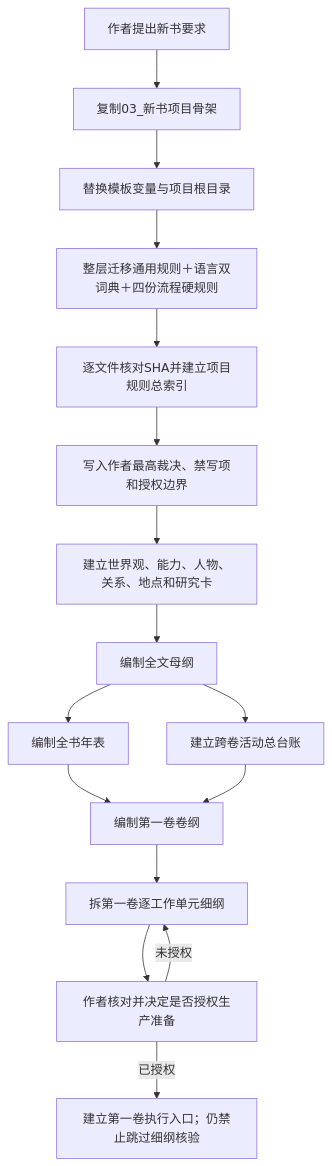
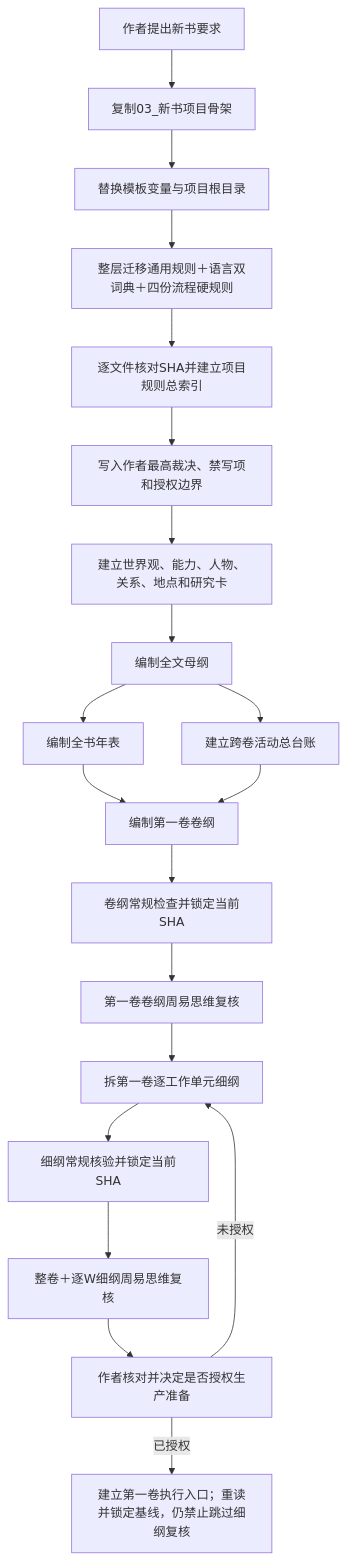
The second of 7 diagrams in 00_模板库入口/10_通用模板库完整交接文档.md (xiaoxinailishi/AINovelWorkflow), drawn with Mermaid before and after one commit. The commit also changed other lines of this file and 49 other files, not shown here.

````diff
--- a/00_模板库入口/10_通用模板库完整交接文档.md
+++ b/00_模板库入口/10_通用模板库完整交接文档.md
@@ -102,18 +107,22 @@
 ```mermaid
 flowchart TD
     A["作者提出新书要求"] --> B["复制03_新书项目骨架"]
     B --> C["替换模板变量与项目根目录"]
     C --> D["整层迁移通用规则＋语言双词典＋四份流程硬规则"]
     D --> E["逐文件核对SHA并建立项目规则总索引"]
     E --> F["写入作者最高裁决、禁写项和授权边界"]
     F --> G["建立世界观、能力、人物、关系、地点和研究卡"]
     G --> H["编制全文母纲"]
     H --> I["编制全书年表"]
     H --> J["建立跨卷活动总台账"]
     I --> K["编制第一卷卷纲"]
     J --> K
-    K --> L["拆第一卷逐工作单元细纲"]
-    L --> M["作者核对并决定是否授权生产准备"]
+    K --> KX["卷纲常规检查并锁定当前SHA"]
+    KX --> KY["第一卷卷纲周易思维复核"]
+    KY --> L["拆第一卷逐工作单元细纲"]
+    L --> LX["细纲常规核验并锁定当前SHA"]
+    LX --> LY["整卷＋逐W细纲周易思维复核"]
+    LY --> M["作者核对并决定是否授权生产准备"]
     M -- "未授权" --> L
-    M -- "已授权" --> N["建立第一卷执行入口；仍禁止跳过细纲核验"]
+    M -- "已授权" --> N["建立第一卷执行入口；重读并锁定基线，仍禁止跳过细纲复核"]
 ```
````
